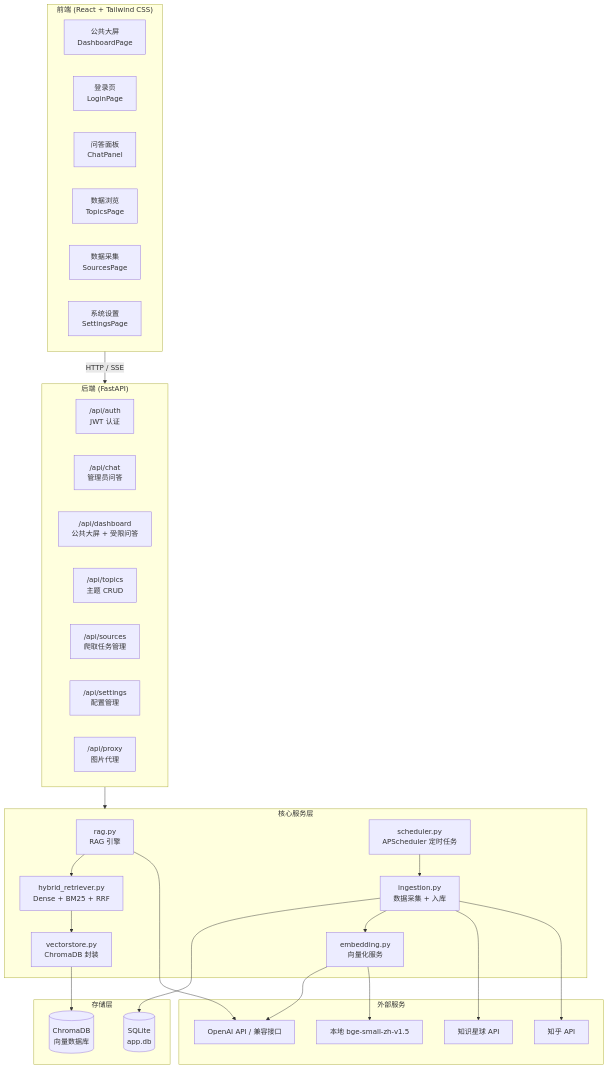
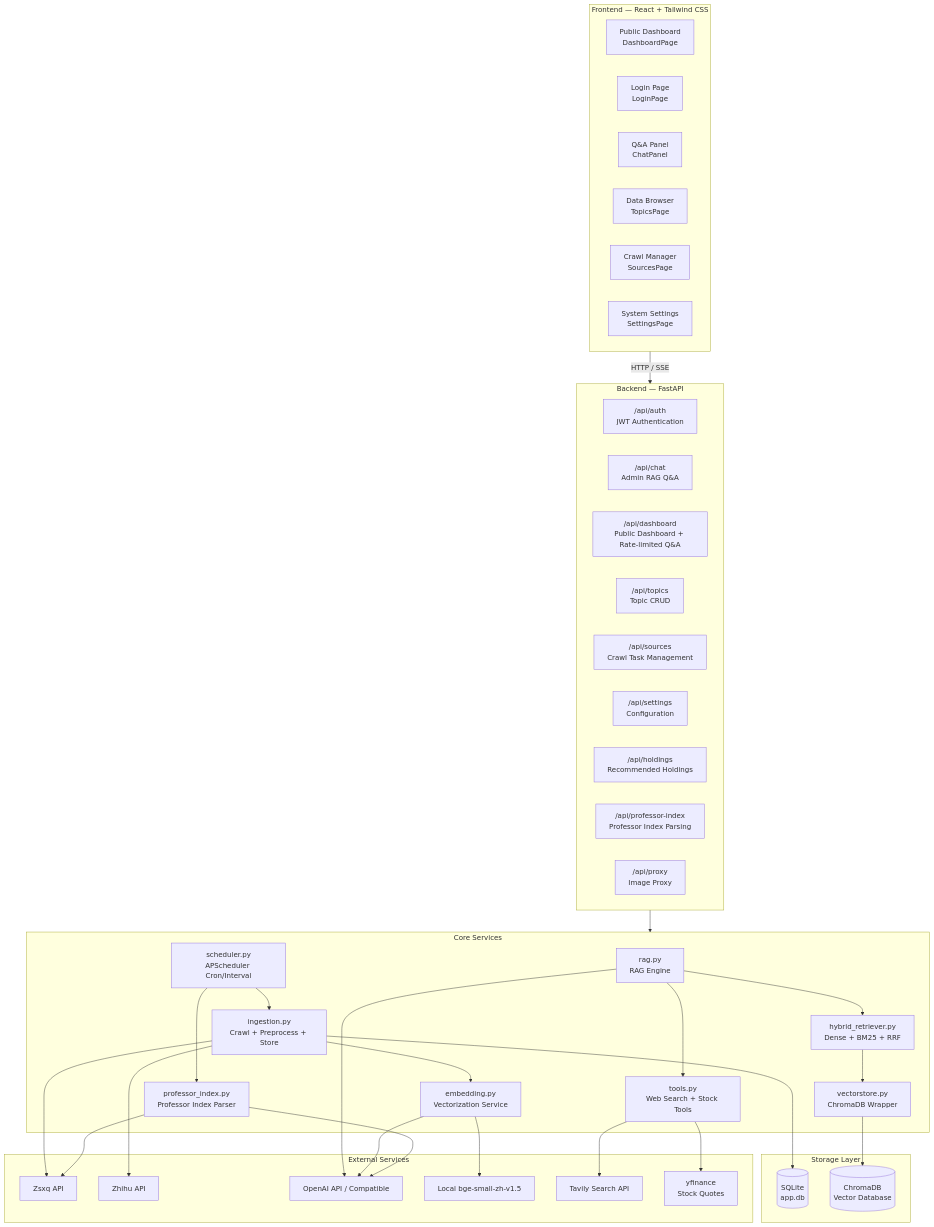
The first of 3 diagrams in docs/docs/architecture/overview.mdx (XUranus/dungeon), drawn with Mermaid before and after one commit. The commit also changed other lines of this file and 75 other files, not shown here.

````diff
--- a/docs/docs/architecture/overview.mdx
+++ b/docs/docs/architecture/overview.mdx
@@ -13,56 +13,68 @@
 ```mermaid
 graph TB
-    subgraph Frontend ["前端 (React + Tailwind CSS)"]
-        Dashboard["公共大屏<br/>DashboardPage"]
-        Login["登录页<br/>LoginPage"]
-        Chat["问答面板<br/>ChatPanel"]
-        Topics["数据浏览<br/>TopicsPage"]
-        Sources["数据采集<br/>SourcesPage"]
-        Settings["系统设置<br/>SettingsPage"]
+    subgraph Frontend ["Frontend — React + Tailwind CSS"]
+        Dashboard["Public Dashboard<br/>DashboardPage"]
+        Login["Login Page<br/>LoginPage"]
+        Chat["Q&A Panel<br/>ChatPanel"]
+        Topics["Data Browser<br/>TopicsPage"]
+        Sources["Crawl Manager<br/>SourcesPage"]
+        Settings["System Settings<br/>SettingsPage"]
     end
 
-    subgraph Backend ["后端 (FastAPI)"]
-        AuthRouter["/api/auth<br/>JWT 认证"]
-        ChatRouter["/api/chat<br/>管理员问答"]
-        DashboardRouter["/api/dashboard<br/>公共大屏 + 受限问答"]
-        TopicsRouter["/api/topics<br/>主题 CRUD"]
-        SourcesRouter["/api/sources<br/>爬取任务管理"]
-        SettingsRouter["/api/settings<br/>配置管理"]
-        ProxyRouter["/api/proxy<br/>图片代理"]
+    subgraph Backend ["Backend — FastAPI"]
+        AuthRouter["/api/auth<br/>JWT Authentication"]
+        ChatRouter["/api/chat<br/>Admin RAG Q&A"]
+        DashboardRouter["/api/dashboard<br/>Public Dashboard + Rate-limited Q&A"]
+        TopicsRouter["/api/topics<br/>Topic CRUD"]
+        SourcesRouter["/api/sources<br/>Crawl Task Management"]
+        SettingsRouter["/api/settings<br/>Configuration"]
+        HoldingsRouter["/api/holdings<br/>Recommended Holdings"]
+        ProfRouter["/api/professor-index<br/>Professor Index Parsing"]
+        ProxyRouter["/api/proxy<br/>Image Proxy"]
     end
 
-    subgraph Services ["核心服务层"]
-        RAG["rag.py<br/>RAG 引擎"]
+    subgraph Services ["Core Services"]
+        RAG["rag.py<br/>RAG Engine"]
         Hybrid["hybrid_retriever.py<br/>Dense + BM25 + RRF"]
-        Embed["embedding.py<br/>向量化服务"]
-        VecStore["vectorstore.py<br/>ChromaDB 封装"]
-        Ingest["ingestion.py<br/>数据采集 + 入库"]
-        Sched["scheduler.py<br/>APScheduler 定时任务"]
+        Embed["embedding.py<br/>Vectorization Service"]
+        VecStore["vectorstore.py<br/>ChromaDB Wrapper"]
+        Ingest["ingestion.py<br/>Crawl + Preprocess + Store"]
+        ProfIndex["professor_index.py<br/>Professor Index Parser"]
+        Tools["tools.py<br/>Web Search + Stock Tools"]
+        Sched["scheduler.py<br/>APScheduler Cron/Interval"]
     end
 
-    subgraph Storage ["存储层"]
+    subgraph Storage ["Storage Layer"]
         SQLite[("SQLite<br/>app.db")]
-        ChromaDB[("ChromaDB<br/>向量数据库")]
+        ChromaDB[("ChromaDB<br/>Vector Database")]
     end
 
-    subgraph External ["外部服务"]
-        ZSXQ["知识星球 API"]
-        Zhihu["知乎 API"]
-        OpenAI["OpenAI API / 兼容接口"]
-        LocalBGE["本地 bge-small-zh-v1.5"]
+    subgraph External ["External Services"]
+        ZSXQ["Zsxq API"]
+        Zhihu["Zhihu API"]
+        OpenAI["OpenAI API / Compatible"]
+        LocalBGE["Local bge-small-zh-v1.5"]
+        Tavily["Tavily Search API"]
+        YFinance["yfinance<br/>Stock Quotes"]
     end
 
     Frontend -->|"HTTP / SSE"| Backend
     Backend --> Services
     RAG --> Hybrid
     RAG --> OpenAI
+    RAG --> Tools
     Hybrid --> VecStore
     Embed --> OpenAI
     Embed --> LocalBGE
     Ingest --> SQLite
     Ingest --> Embed
     VecStore --> ChromaDB
     Ingest --> ZSXQ
     Ingest --> Zhihu
+    ProfIndex --> ZSXQ
+    ProfIndex --> OpenAI
+    Tools --> Tavily
+    Tools --> YFinance
     Sched --> Ingest
+    Sched --> ProfIndex
 ```
````
